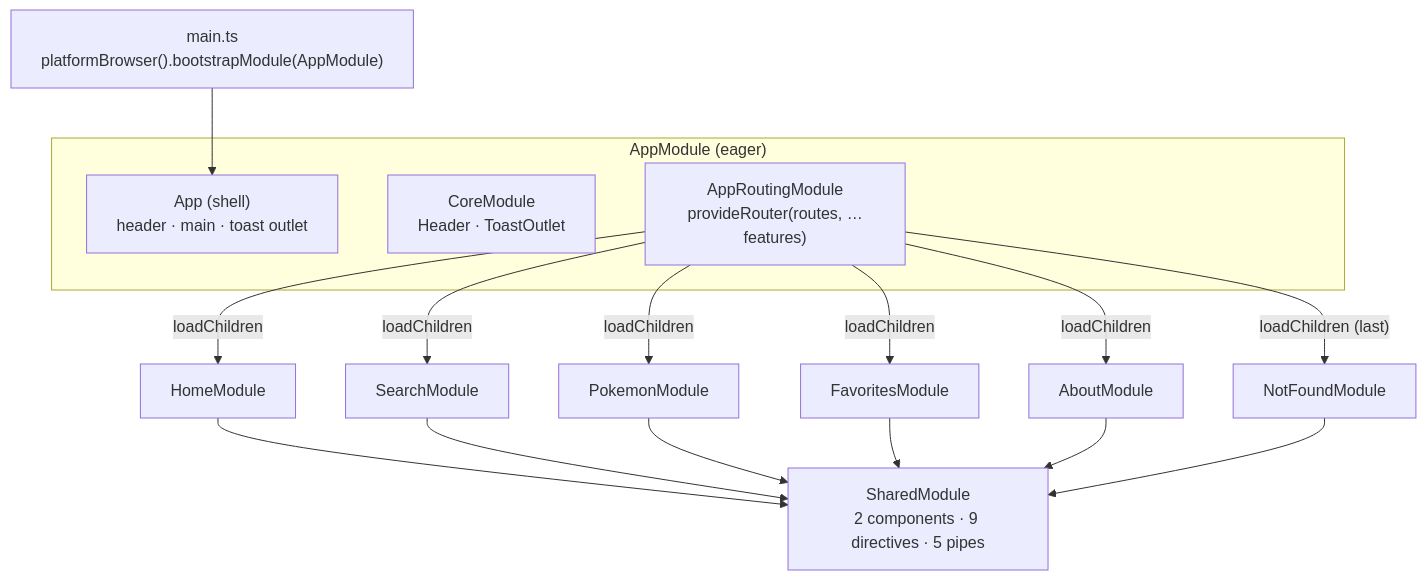
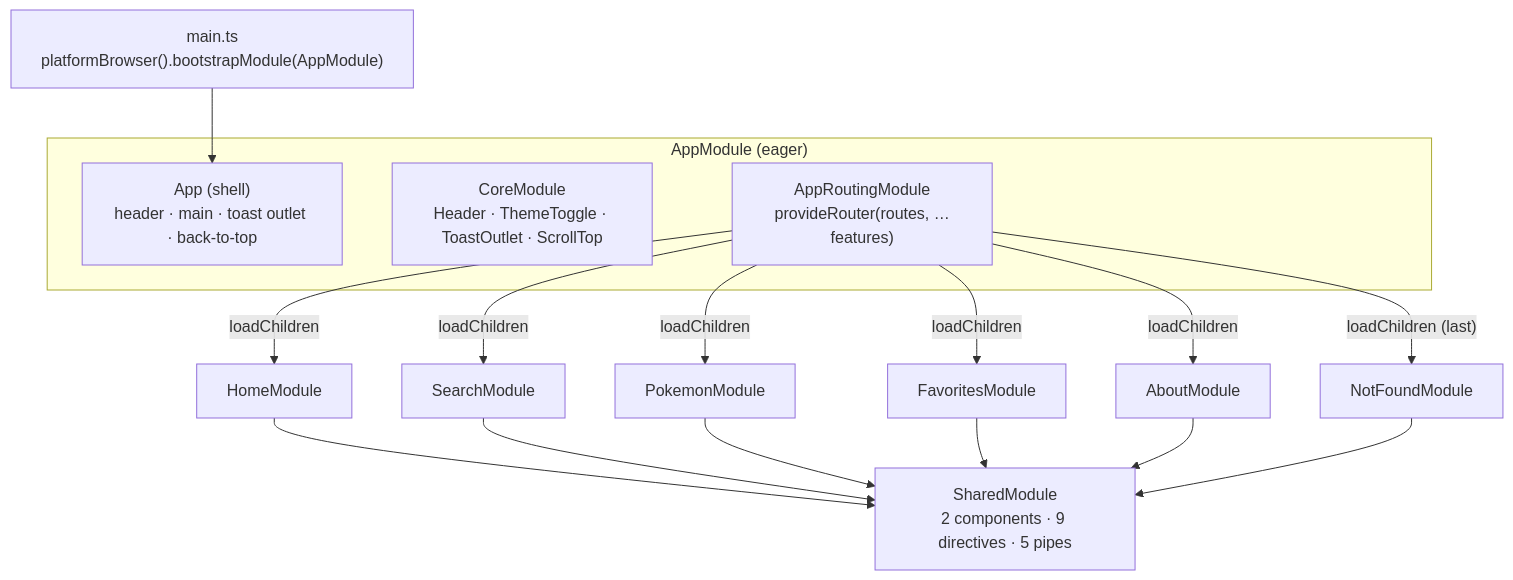
Before and after one commit to CristianSifuentes/poke: the first of 3 diagrams in README.md, drawn with Mermaid. The commit also changed other lines of this file and 14 other files, not shown here.

````diff
--- a/README.md
+++ b/README.md
@@ -127,25 +127,25 @@
 ```mermaid
 flowchart TD
     main["main.ts<br/>platformBrowser().bootstrapModule(AppModule)"] --> App
 
     subgraph AppModule["AppModule (eager)"]
-      App["App (shell)<br/>header · main · toast outlet"]
-      Core["CoreModule<br/>Header · ToastOutlet"]
+      App["App (shell)<br/>header · main · toast outlet · back-to-top"]
+      Core["CoreModule<br/>Header · ThemeToggle · ToastOutlet · ScrollTop"]
       Routing["AppRoutingModule<br/>provideRouter(routes, …features)"]
     end
 
     Routing -->|loadChildren| Home["HomeModule"]
     Routing -->|loadChildren| Search["SearchModule"]
     Routing -->|loadChildren| Pokemon["PokemonModule"]
     Routing -->|loadChildren| Favorites["FavoritesModule"]
     Routing -->|loadChildren| About["AboutModule"]
     Routing -->|"loadChildren (last)"| NotFound["NotFoundModule"]
 
     Shared["SharedModule<br/>2 components · 9 directives · 5 pipes"]
     Home --> Shared
     Search --> Shared
     Pokemon --> Shared
     Favorites --> Shared
     About --> Shared
     NotFound --> Shared
 ```
````
